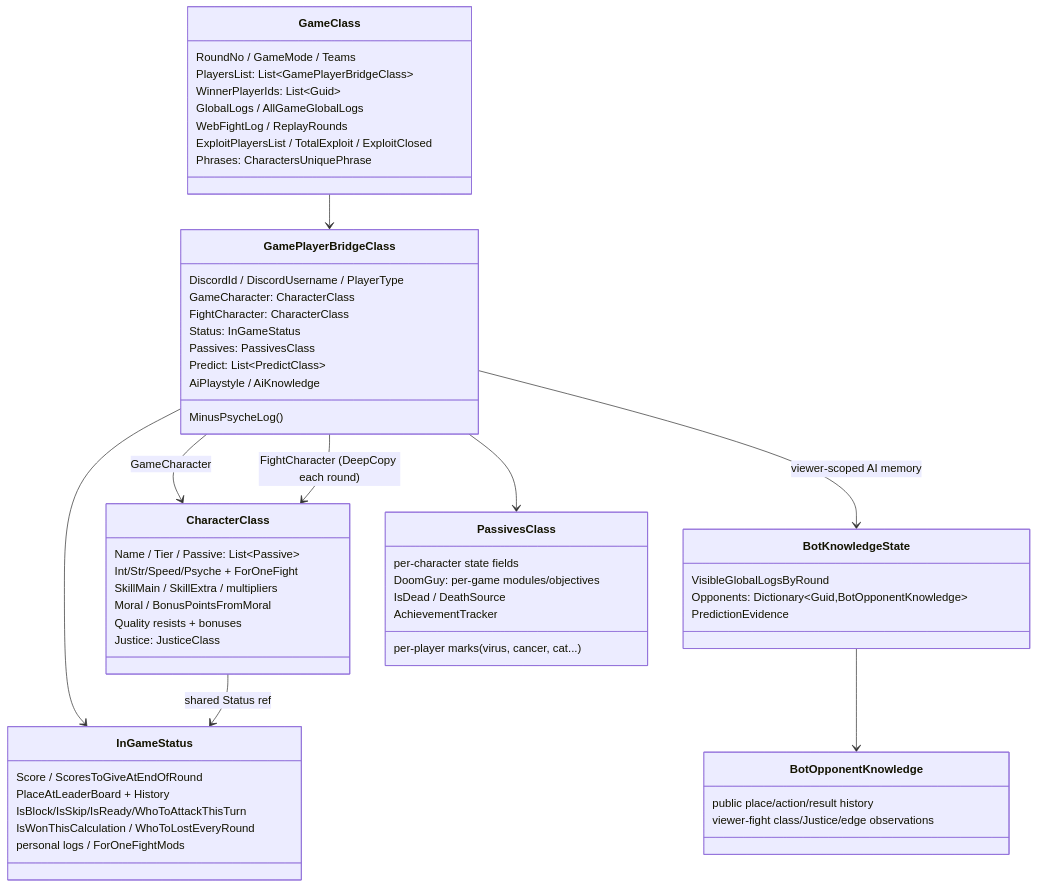
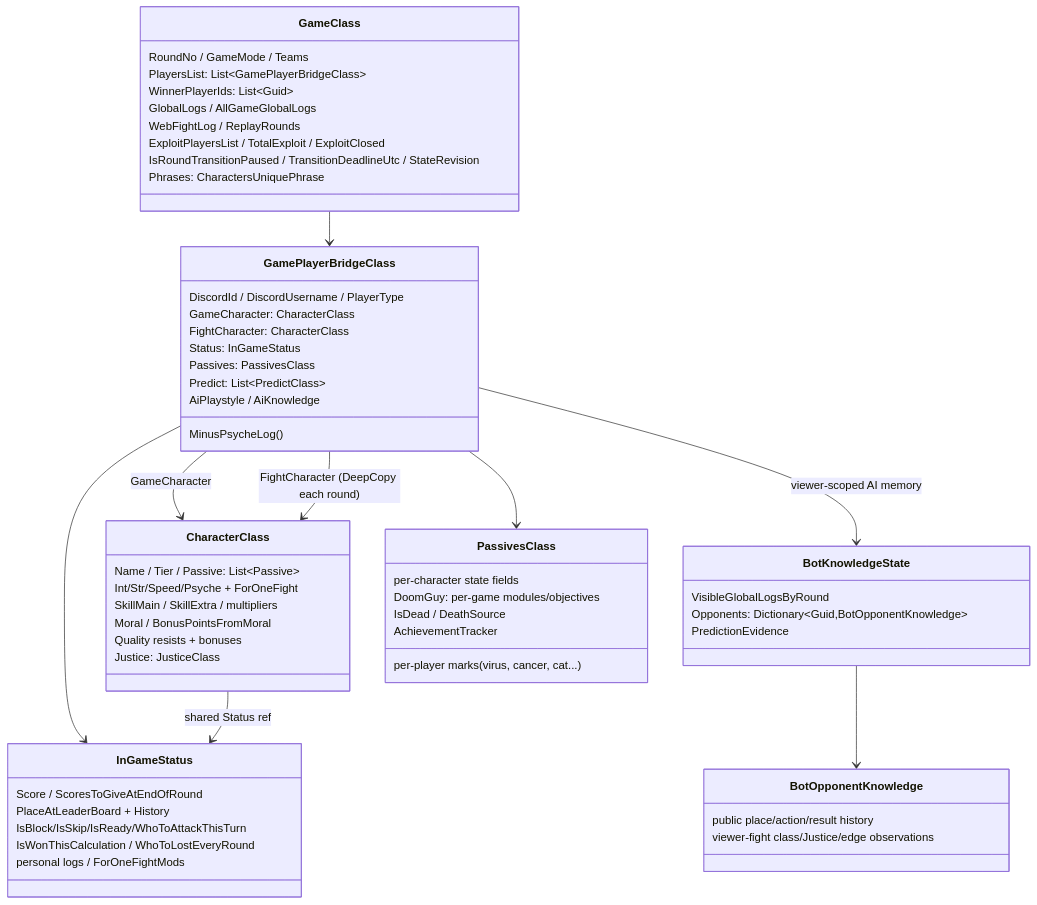
The second of 2 diagrams in docs/ARCHITECTURE.md (akulihin/King-of-the-Garbage-Hill), drawn with Mermaid before and after one commit. The commit also changed other lines of this file and 44 other files, not shown here.

````diff
--- a/docs/ARCHITECTURE.md
+++ b/docs/ARCHITECTURE.md
@@ -31,61 +31,62 @@
 ```mermaid
 classDiagram
     class GameClass {
         RoundNo / GameMode / Teams
         PlayersList: List~GamePlayerBridgeClass~
         WinnerPlayerIds: List~Guid~
         GlobalLogs / AllGameGlobalLogs
         WebFightLog / ReplayRounds
         ExploitPlayersList / TotalExploit / ExploitClosed
+        IsRoundTransitionPaused / TransitionDeadlineUtc / StateRevision
         Phrases: CharactersUniquePhrase
     }
     class GamePlayerBridgeClass {
         DiscordId / DiscordUsername / PlayerType
         GameCharacter: CharacterClass
         FightCharacter: CharacterClass
         Status: InGameStatus
         Passives: PassivesClass
         Predict: List~PredictClass~
         AiPlaystyle / AiKnowledge
         MinusPsycheLog()
     }
     class BotKnowledgeState {
         VisibleGlobalLogsByRound
         Opponents: Dictionary~Guid,BotOpponentKnowledge~
         PredictionEvidence
     }
     class BotOpponentKnowledge {
         public place/action/result history
         viewer-fight class/Justice/edge observations
     }
     class CharacterClass {
         Name / Tier / Passive: List~Passive~
         Int/Str/Speed/Psyche + ForOneFight
         SkillMain / SkillExtra / multipliers
         Moral / BonusPointsFromMoral
         Quality resists + bonuses
         Justice: JusticeClass
     }
     class InGameStatus {
         Score / ScoresToGiveAtEndOfRound
         PlaceAtLeaderBoard + History
         IsBlock/IsSkip/IsReady/WhoToAttackThisTurn
         IsWonThisCalculation / WhoToLostEveryRound
         personal logs / ForOneFightMods
     }
     class PassivesClass {
         per-character state fields
         DoomGuy: per-game modules/objectives
         per-player marks (virus, cancer, cat...)
         IsDead / DeathSource
         AchievementTracker
     }
     GameClass --> GamePlayerBridgeClass
     GamePlayerBridgeClass --> CharacterClass : GameCharacter
     GamePlayerBridgeClass --> CharacterClass : FightCharacter (DeepCopy each round)
     GamePlayerBridgeClass --> InGameStatus
     GamePlayerBridgeClass --> PassivesClass
     GamePlayerBridgeClass --> BotKnowledgeState : viewer-scoped AI memory
     BotKnowledgeState --> BotOpponentKnowledge
     CharacterClass --> InGameStatus : shared Status ref
 ```
````
